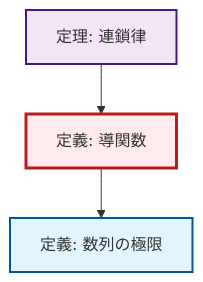
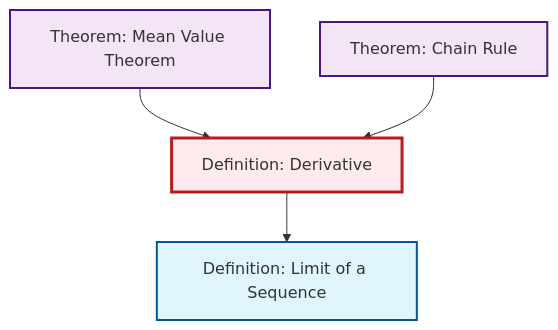
The second of 2 diagrams in content/ja/analysis/def-derivative.qmd (RK0429/ModernMath), drawn with Mermaid before and after one commit. The commit also changed 203 other files, not shown here.

````diff
--- a/content/ja/analysis/def-derivative.qmd
+++ b/content/ja/analysis/def-derivative.qmd
@@ -83,18 +83,17 @@
 ```{mermaid}
-%%| fig-cap: "ローカル依存関係グラフ"
+%%| fig-cap: "Local dependency graph"
 graph TD
     classDef definition fill:#e1f5fe,stroke:#01579b,stroke-width:2px
     classDef theorem fill:#f3e5f5,stroke:#4a148c,stroke-width:2px
     classDef axiom fill:#fff3e0,stroke:#e65100,stroke-width:2px
     classDef example fill:#e8f5e9,stroke:#1b5e20,stroke-width:2px
     classDef current fill:#ffebee,stroke:#b71c1c,stroke-width:3px
-    def-derivative["定義: 導関数"]:::definition
-    def-limit["定義: 数列の極限"]:::definition
-    thm-chain-rule["定理: 連鎖律"]:::theorem
+    thm-chain-rule["Theorem: Chain Rule"]:::theorem
+    def-derivative["Definition: Derivative"]:::definition
+    thm-mean-value["Theorem: Mean Value Theorem"]:::theorem
+    def-limit["Definition: Limit of a Sequence"]:::definition
+    def-derivative --> def-limit
+    thm-mean-value --> def-derivative
     thm-chain-rule --> def-derivative
-    def-derivative --> def-limit
     class def-derivative current
-
-    click def-limit "def-limit.html" "Go to 定義: 数列の極限"
-    click thm-chain-rule "thm-chain-rule.html" "Go to 定理: 連鎖律"
 ```
````
